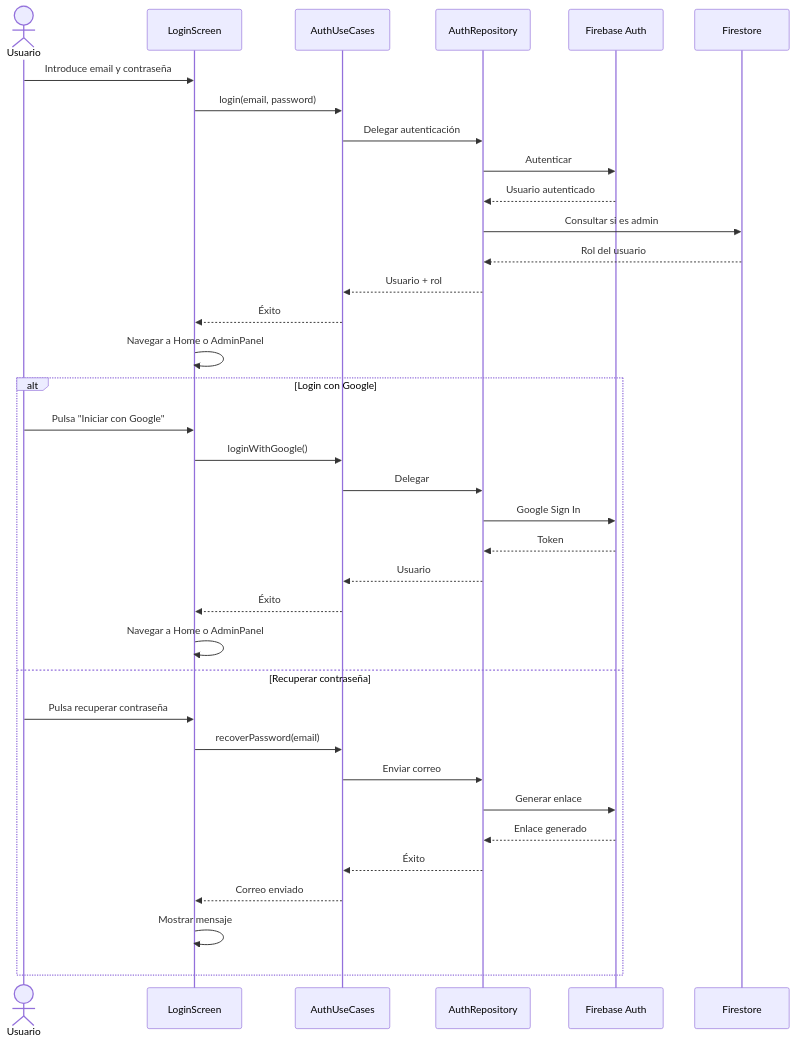
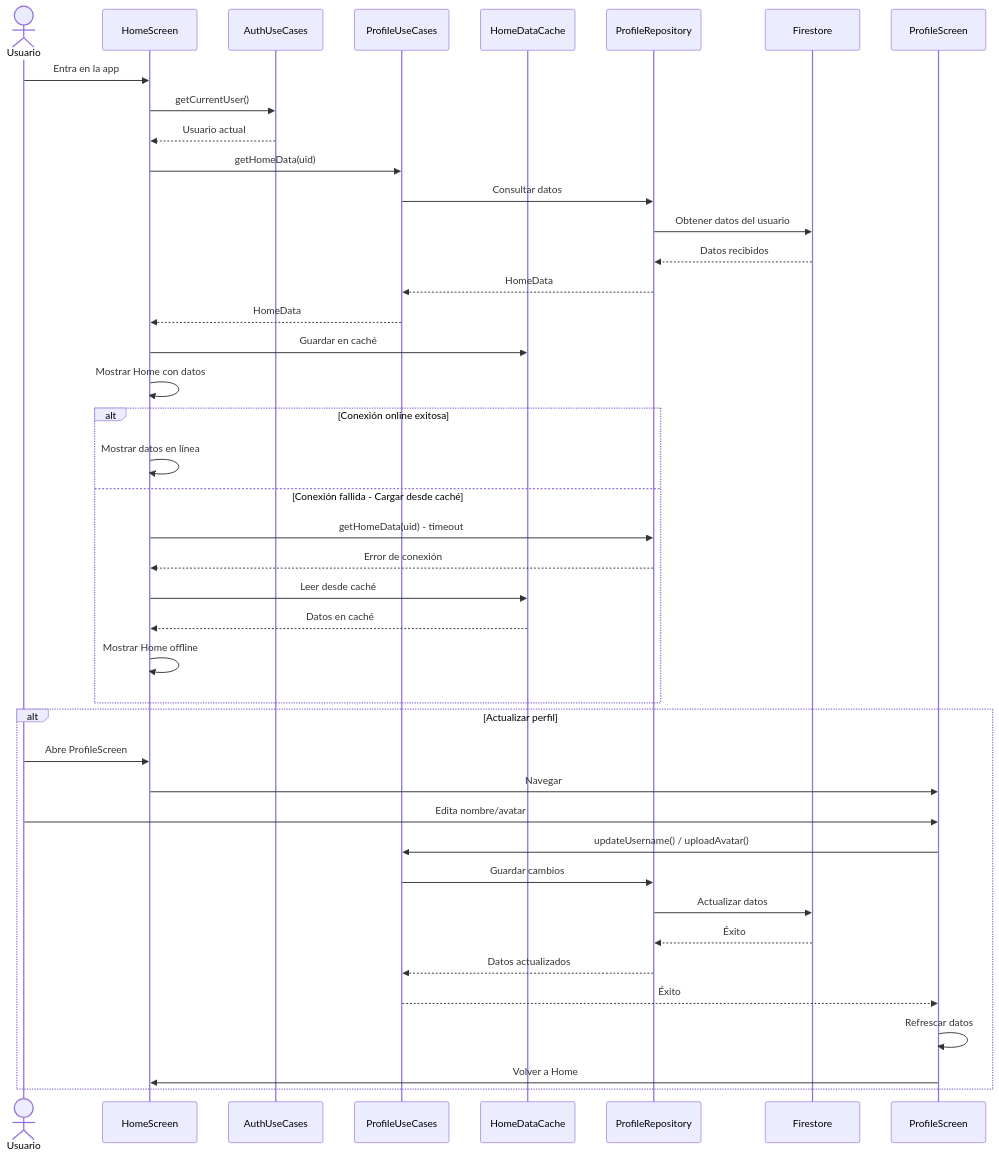
The first of 7 diagrams in diagrama.md (TurisTechTeam-Dev/rutexgo-assets), drawn with Mermaid before and after one commit.

````diff
--- a/diagrama.md
+++ b/diagrama.md
@@ -1,40 +1,46 @@
 ```mermaid
 sequenceDiagram
     actor Usuario
-    participant LoginScreen
+    participant HomeScreen
     participant AuthUseCases
-    participant AuthRepository
-    participant Firebase Auth
+    participant ProfileUseCases
+    participant HomeDataCache
+    participant ProfileRepository
     participant Firestore
 
-    Usuario->>LoginScreen: Introduce email y contraseña
-    LoginScreen->>AuthUseCases: login(email, password)
-    AuthUseCases->>AuthRepository: Delegar autenticación
-    AuthRepository->>Firebase Auth: Autenticar
-    Firebase Auth-->>AuthRepository: Usuario autenticado
-    AuthRepository->>Firestore: Consultar si es admin
-    Firestore-->>AuthRepository: Rol del usuario
-    AuthRepository-->>AuthUseCases: Usuario + rol
-    AuthUseCases-->>LoginScreen: Éxito
-    LoginScreen->>LoginScreen: Navegar a Home o AdminPanel
+    Usuario->>HomeScreen: Entra en la app
+    HomeScreen->>AuthUseCases: getCurrentUser()
+    AuthUseCases-->>HomeScreen: Usuario actual
+    HomeScreen->>ProfileUseCases: getHomeData(uid)
+    ProfileUseCases->>ProfileRepository: Consultar datos
+    ProfileRepository->>Firestore: Obtener datos del usuario
+    Firestore-->>ProfileRepository: Datos recibidos
+    ProfileRepository-->>ProfileUseCases: HomeData
+    ProfileUseCases-->>HomeScreen: HomeData
+    HomeScreen->>HomeDataCache: Guardar en caché
+    HomeScreen->>HomeScreen: Mostrar Home con datos
 
-    alt Login con Google
-        Usuario->>LoginScreen: Pulsa "Iniciar con Google"
-        LoginScreen->>AuthUseCases: loginWithGoogle()
-        AuthUseCases->>AuthRepository: Delegar
-        AuthRepository->>Firebase Auth: Google Sign In
-        Firebase Auth-->>AuthRepository: Token
-        AuthRepository-->>AuthUseCases: Usuario
-        AuthUseCases-->>LoginScreen: Éxito
-        LoginScreen->>LoginScreen: Navegar a Home o AdminPanel
-    else Recuperar contraseña
-        Usuario->>LoginScreen: Pulsa recuperar contraseña
-        LoginScreen->>AuthUseCases: recoverPassword(email)
-        AuthUseCases->>AuthRepository: Enviar correo
-        AuthRepository->>Firebase Auth: Generar enlace
-        Firebase Auth-->>AuthRepository: Enlace generado
-        AuthRepository-->>AuthUseCases: Éxito
-        AuthUseCases-->>LoginScreen: Correo enviado
-        LoginScreen->>LoginScreen: Mostrar mensaje
+    alt Conexión online exitosa
+        HomeScreen->>HomeScreen: Mostrar datos en línea
+    else Conexión fallida - Cargar desde caché
+        HomeScreen->>ProfileRepository: getHomeData(uid) - timeout
+        ProfileRepository-->>HomeScreen: Error de conexión
+        HomeScreen->>HomeDataCache: Leer desde caché
+        HomeDataCache-->>HomeScreen: Datos en caché
+        HomeScreen->>HomeScreen: Mostrar Home offline
+    end
+
+    alt Actualizar perfil
+        Usuario->>HomeScreen: Abre ProfileScreen
+        HomeScreen->>ProfileScreen: Navegar
+        Usuario->>ProfileScreen: Edita nombre/avatar
+        ProfileScreen->>ProfileUseCases: updateUsername() / uploadAvatar()
+        ProfileUseCases->>ProfileRepository: Guardar cambios
+        ProfileRepository->>Firestore: Actualizar datos
+        Firestore-->>ProfileRepository: Éxito
+        ProfileRepository-->>ProfileUseCases: Datos actualizados
+        ProfileUseCases-->>ProfileScreen: Éxito
+        ProfileScreen->>ProfileScreen: Refrescar datos
+        ProfileScreen->>HomeScreen: Volver a Home
     end
 ```
````
